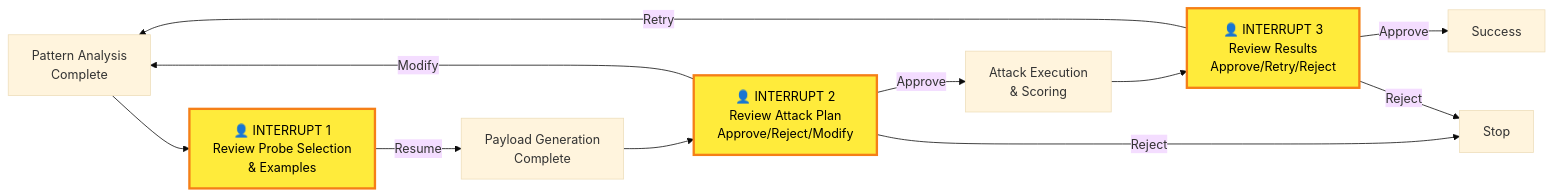
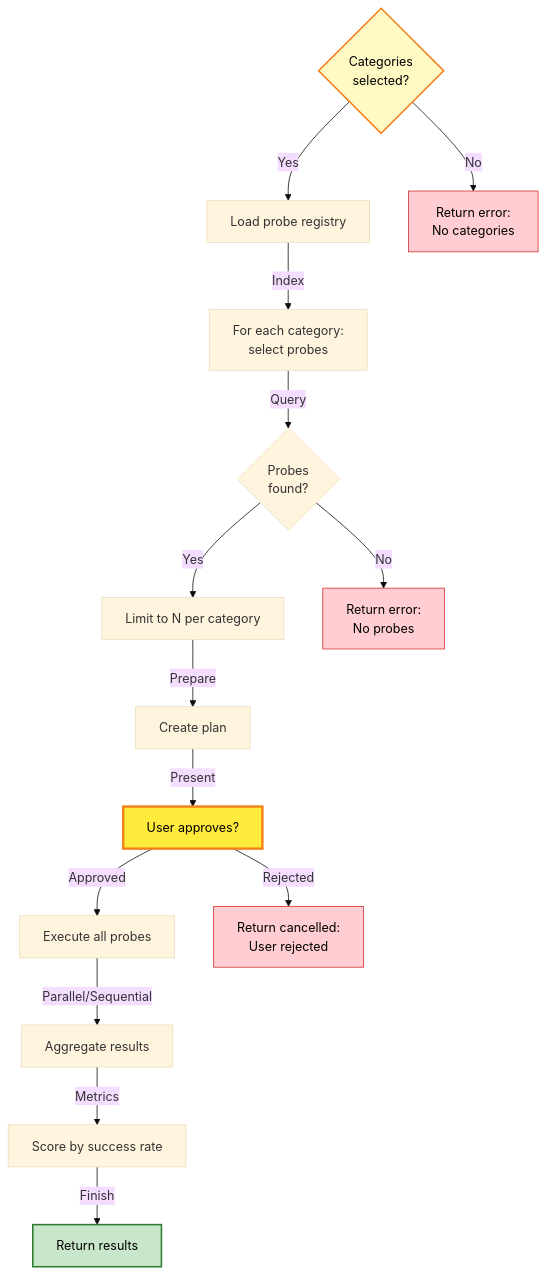
One commit to h19overflow/ASPEXA_AUTOMA changed diagram 13 of 13 in services/snipers/README.md. Above: the diagram before and after it, drawn with Mermaid (base theme). The commit also changed other lines of this file and 45 other files, not shown here.

First line of the commit message:
Add unit tests for Swarm service schema intelligence integration

````diff
--- a/services/snipers/README.md
+++ b/services/snipers/README.md
@@ -584,24 +808,38 @@
 ```mermaid
-graph LR
-    A["Pattern Analysis<br/>Complete"]
-    B["👤 INTERRUPT 1<br/>Review Probe Selection<br/>& Examples"]
-    C["Payload Generation<br/>Complete"]
-    D["👤 INTERRUPT 2<br/>Review Attack Plan<br/>Approve/Reject/Modify"]
-    E["Attack Execution<br/>& Scoring"]
-    F["👤 INTERRUPT 3<br/>Review Results<br/>Approve/Retry/Reject"]
+flowchart TD
+    A{"Categories<br/>selected?"}
+    B["Load probe registry"]
+    C["For each category:<br/>select probes"]
+    D{"Probes<br/>found?"}
+    E["Limit to N per category"]
+    F["Create plan"]
+    G["User approves?"]
+    H["Execute all probes"]
+    I["Aggregate results"]
+    J["Score by success rate"]
+    K["Return results"]
+    STOP1["Return error:<br/>No categories"]
+    STOP2["Return error:<br/>No probes"]
+    STOP3["Return cancelled:<br/>User rejected"]
 
-    A --> B
-    B -->|Resume| C
-    C --> D
-    D -->|Approve| E
-    D -->|Modify| A
-    D -->|Reject| Z["Stop"]
-    E --> F
-    F -->|Approve| Y["Success"]
-    F -->|Retry| A
-    F -->|Reject| Z
+    A -->|Yes| B
+    A -->|No| STOP1
+    B -->|Index| C
+    C -->|Query| D
+    D -->|Yes| E
+    D -->|No| STOP2
+    E -->|Prepare| F
+    F -->|Present| G
+    G -->|Approved| H
+    G -->|Rejected| STOP3
+    H -->|Parallel/Sequential| I
+    I -->|Metrics| J
+    J -->|Finish| K
 
-    style B fill:#ffeb3b,stroke:#f57f17,color:#000,stroke-width:3px
-    style D fill:#ffeb3b,stroke:#f57f17,color:#000,stroke-width:3px
-    style F fill:#ffeb3b,stroke:#f57f17,color:#000,stroke-width:3px
+    style A fill:#fff9c4,stroke:#f57f17,color:#000,stroke-width:2px
+    style G fill:#ffeb3b,stroke:#f57f17,color:#000,stroke-width:3px
+    style K fill:#c8e6c9,stroke:#2e7d32,color:#000,stroke-width:2px
+    style STOP1 fill:#ffcdd2,stroke:#d32f2f,color:#000
+    style STOP2 fill:#ffcdd2,stroke:#d32f2f,color:#000
+    style STOP3 fill:#ffcdd2,stroke:#d32f2f,color:#000
 ```
````
